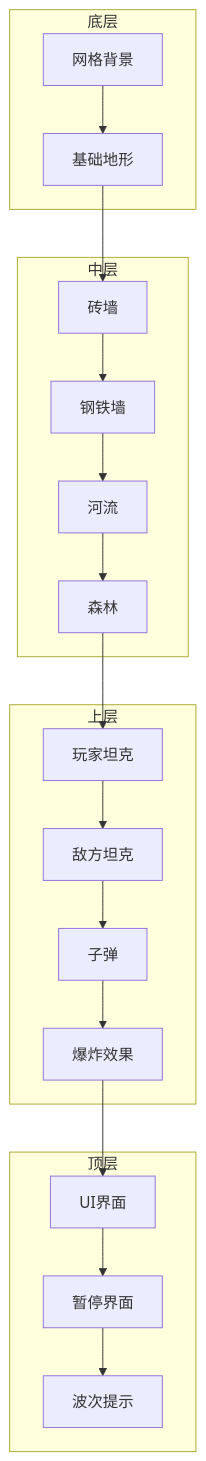
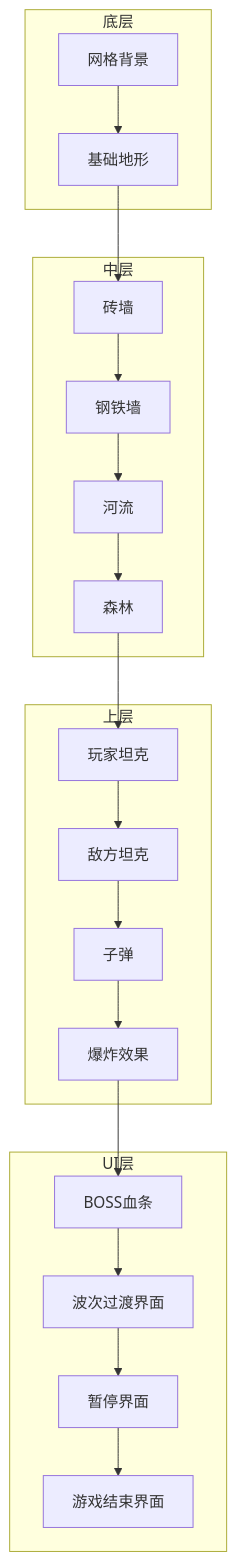
The fourth of 12 diagrams in .qoder/repowiki/zh/content/核心架构/Canvas 渲染系统.md (mrancc/reimagined-journey), drawn with Mermaid before and after one commit. The commit also changed other lines of this file and 11 other files, not shown here.

````diff
--- a/.qoder/repowiki/zh/content/核心架构/Canvas 渲染系统.md
+++ b/.qoder/repowiki/zh/content/核心架构/Canvas 渲染系统.md
@@ -146,25 +154,26 @@
 ```mermaid
 graph TB
 subgraph "底层"
 A[网格背景]
 B[基础地形]
 end
 subgraph "中层"
 C[砖墙]
 D[钢铁墙]
 E[河流]
 F[森林]
 end
 subgraph "上层"
 G[玩家坦克]
 H[敌方坦克]
 I[子弹]
 J[爆炸效果]
 end
-subgraph "顶层"
-K[UI界面]
-L[暂停界面]
-M[波次提示]
+subgraph "UI层"
+K[BOSS血条]
+L[波次过渡界面]
+M[暂停界面]
+N[游戏结束界面]
 end
-A --> B --> C --> D --> E --> F --> G --> H --> I --> J --> K --> L --> M
+A --> B --> C --> D --> E --> F --> G --> H --> I --> J --> K --> L --> M --> N
 ```
````
